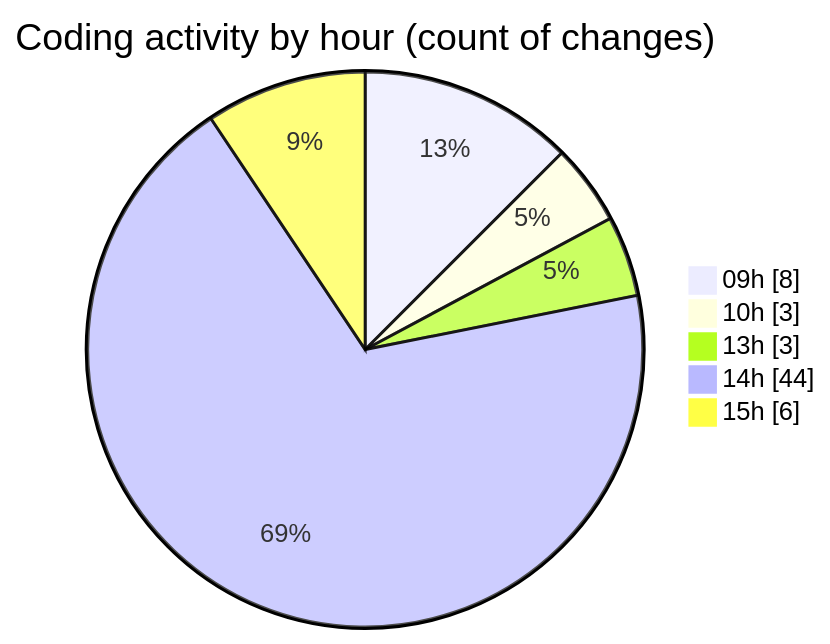
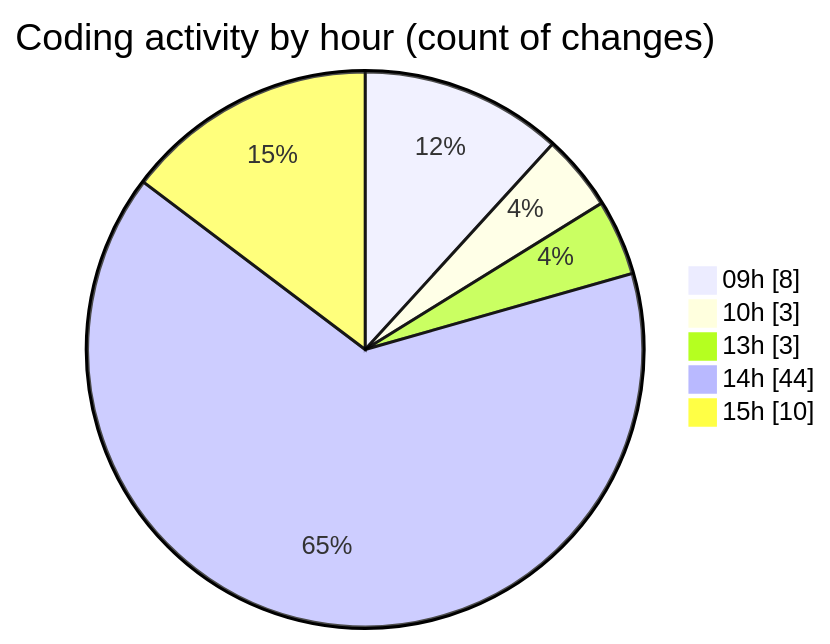
Before and after one commit to momahboobian/code-tracking: the second of 2 diagrams in 2026-04-09/cda/README.md, drawn with Mermaid. The commit also changed other lines of this file and 1 other file, not shown here.

````diff
--- a/2026-04-09/cda/README.md
+++ b/2026-04-09/cda/README.md
@@ -43,9 +43,9 @@
 ```mermaid
 pie showData
 title Coding activity by hour (count of changes)
 "09h" : 8
 "10h" : 3
 "13h" : 3
 "14h" : 44
-"15h" : 6
+"15h" : 10
 ```
````
